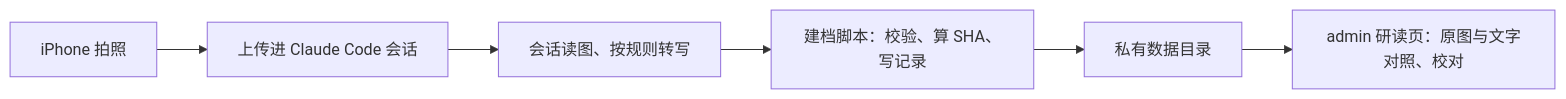
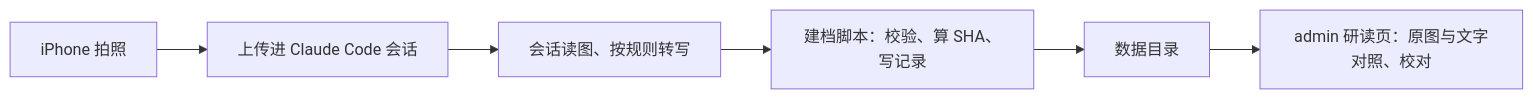
One commit to junyang168/smart-answer changed the diagram in docs/wang-knowledge-platform/60-reference-commentary/reference_commentary_solution_v1.md. Above: the diagram before and after it, drawn with Mermaid. The commit also changed other lines of this file, not shown here.

````diff
--- a/docs/wang-knowledge-platform/60-reference-commentary/reference_commentary_solution_v1.md
+++ b/docs/wang-knowledge-platform/60-reference-commentary/reference_commentary_solution_v1.md
@@ -83,8 +83,8 @@
 ```mermaid
 flowchart LR
     PHOTO["iPhone 拍照"] --> UPLOAD["上传进 Claude Code 会话"]
     UPLOAD --> READ["会话读图、按规则转写"]
     READ --> FILE["建档脚本：校验、算 SHA、写记录"]
-    FILE --> STORE["私有数据目录"]
+    FILE --> STORE["数据目录"]
     STORE --> VIEW["admin 研读页：原图与文字对照、校对"]
 ```
````
